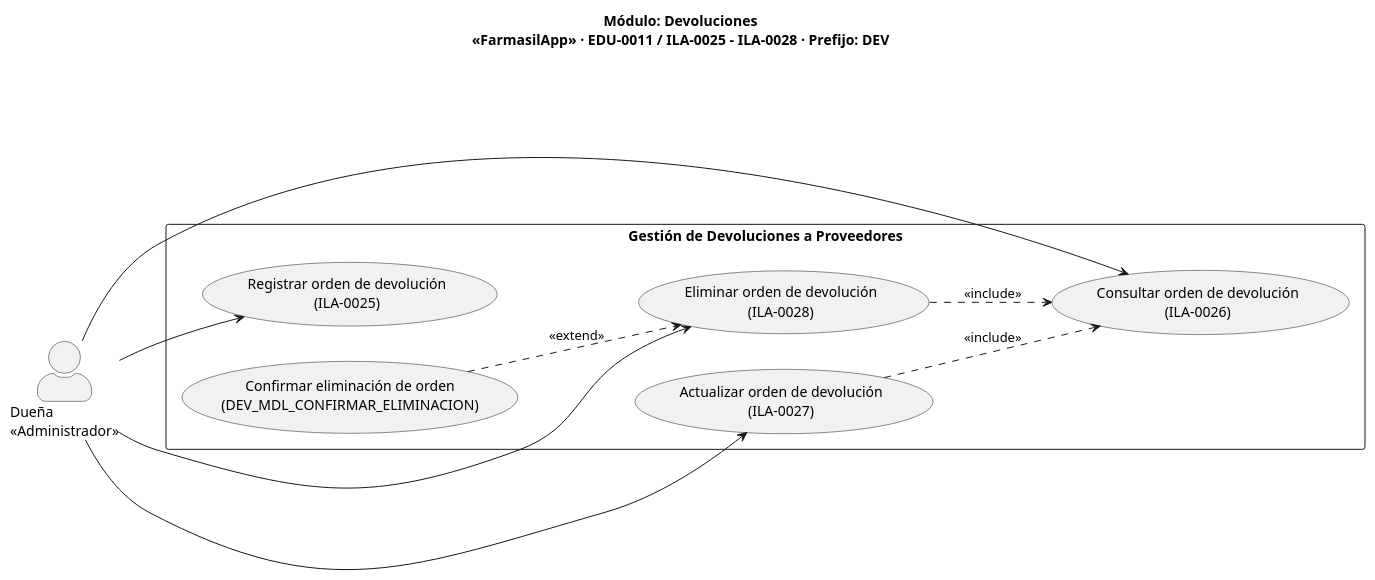
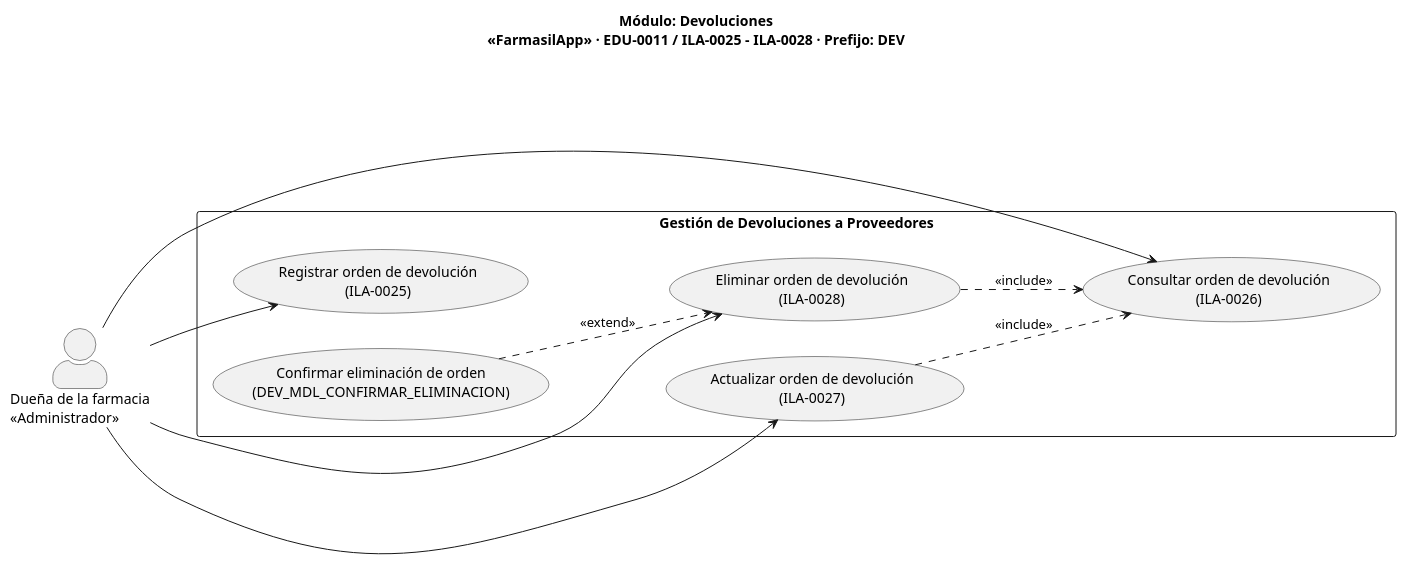
Before and after one commit to Luis-Ayben-Chahua-Charca/Farmasil_App: the diagram in docs/diagramas/plaintext-CasosUso/CU-07_Devoluciones.puml, drawn with PlantUML. The commit also changed 15 other files, not shown here.

```diff
--- a/docs/diagramas/plaintext-CasosUso/CU-07_Devoluciones.puml
+++ b/docs/diagramas/plaintext-CasosUso/CU-07_Devoluciones.puml
@@ -1,25 +1,25 @@
 @startuml DiagramaDevoluciones
 left to right direction
 skinparam actorStyle awesome
 title Módulo: Devoluciones\n«FarmasilApp» · EDU-0011 / ILA-0025 - ILA-0028 · Prefijo: DEV
 
-actor "Dueña\n<<Administrador>>" as Duena
+actor "Dueña de la farmacia\n<<Administrador>>" as Duena
 
 rectangle "Gestión de Devoluciones a Proveedores" {
   usecase "Registrar orden de devolución\n(ILA-0025)" as UC_Registrar
   usecase "Consultar orden de devolución\n(ILA-0026)" as UC_Consultar
   usecase "Actualizar orden de devolución\n(ILA-0027)" as UC_Actualizar
   usecase "Eliminar orden de devolución\n(ILA-0028)" as UC_Eliminar
   usecase "Confirmar eliminación de orden\n(DEV_MDL_CONFIRMAR_ELIMINACION)" as UC_Confirmar
 }
 
 Duena --> UC_Registrar
 Duena --> UC_Consultar
 Duena --> UC_Actualizar
 Duena --> UC_Eliminar
 
 UC_Actualizar ..> UC_Consultar : <<include>>
 UC_Eliminar   ..> UC_Consultar : <<include>>
 UC_Confirmar  ..> UC_Eliminar  : <<extend>>
 
 @enduml
```
